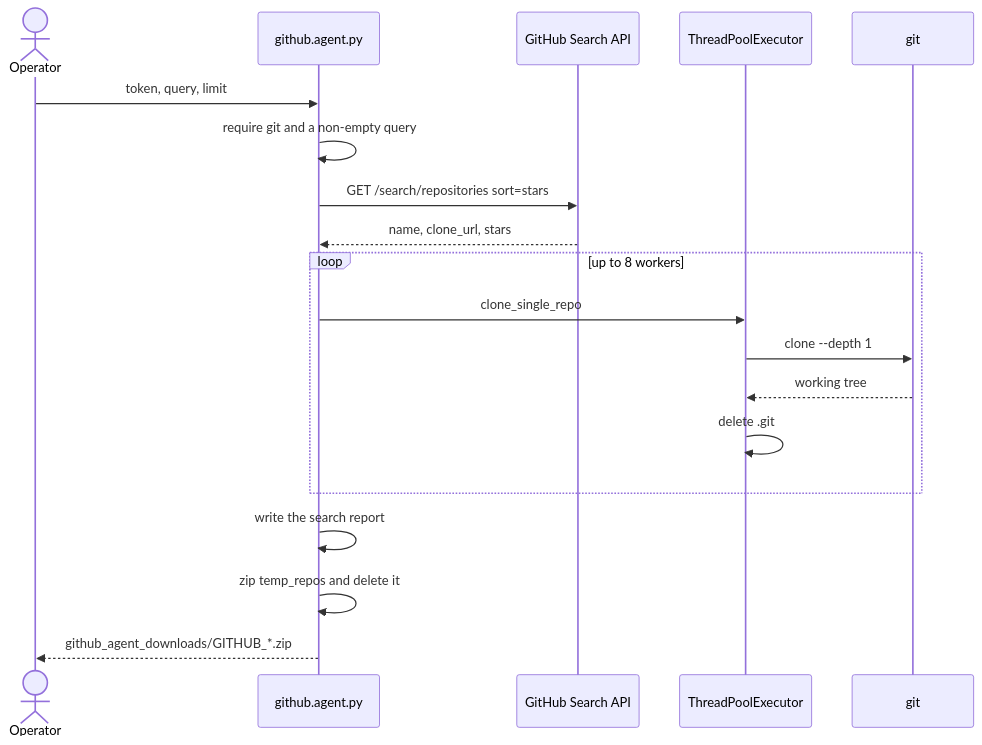
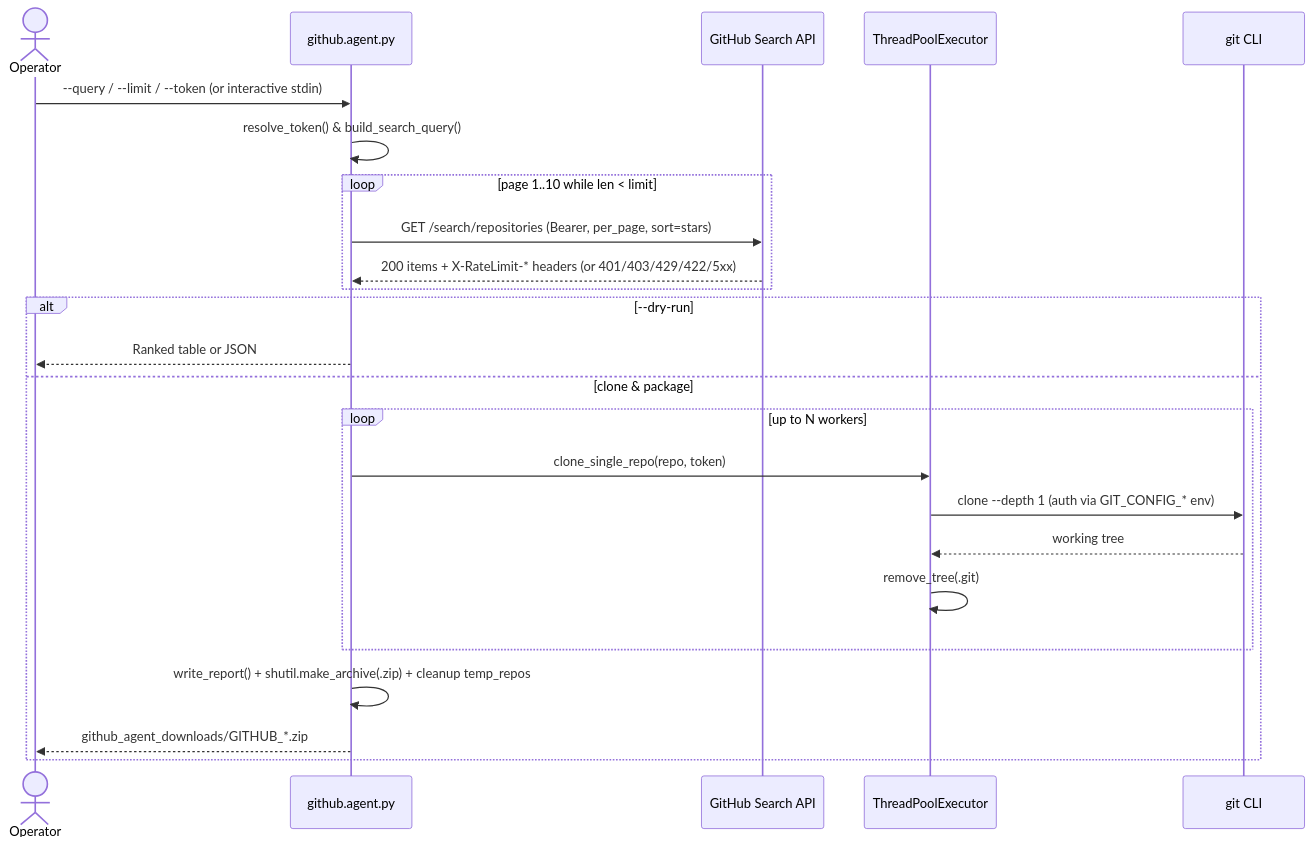
The second of 2 diagrams in README.md (Anwarito-lbd/Github-agent), drawn with Mermaid before and after one commit. The commit also changed other lines of this file and 12 other files, not shown here.

Commit message:
feat: harden GitHub API collector CLI, add pytest suite, and polish docs

````diff
--- a/README.md
+++ b/README.md
@@ -83,21 +99,26 @@
 ```mermaid
 sequenceDiagram
   actor Operator
-  participant Main as github.agent.py
+  participant CLI as github.agent.py
   participant API as GitHub Search API
-  participant Workers as ThreadPoolExecutor
-  participant Git as git
-  Operator->>Main: token, query, limit
-  Main->>Main: require git and a non-empty query
-  Main->>API: GET /search/repositories sort=stars
-  API-->>Main: name, clone_url, stars
-  loop up to 8 workers
-    Main->>Workers: clone_single_repo
-    Workers->>Git: clone --depth 1
-    Git-->>Workers: working tree
-    Workers->>Workers: delete .git
+  participant Pool as ThreadPoolExecutor
+  participant Git as git CLI
+  Operator->>CLI: --query / --limit / --token (or interactive stdin)
+  CLI->>CLI: resolve_token() & build_search_query()
+  loop page 1..10 while len < limit
+    CLI->>API: GET /search/repositories (Bearer, per_page, sort=stars)
+    API-->>CLI: 200 items + X-RateLimit-* headers (or 401/403/429/422/5xx)
   end
-  Main->>Main: write the search report
-  Main->>Main: zip temp_repos and delete it
-  Main-->>Operator: github_agent_downloads/GITHUB_*.zip
+  alt --dry-run
+    CLI-->>Operator: Ranked table or JSON
+  else clone & package
+    loop up to N workers
+      CLI->>Pool: clone_single_repo(repo, token)
+      Pool->>Git: clone --depth 1 (auth via GIT_CONFIG_* env)
+      Git-->>Pool: working tree
+      Pool->>Pool: remove_tree(.git)
+    end
+    CLI->>CLI: write_report() + shutil.make_archive(.zip) + cleanup temp_repos
+    CLI-->>Operator: github_agent_downloads/GITHUB_*.zip
+  end
 ```
````
